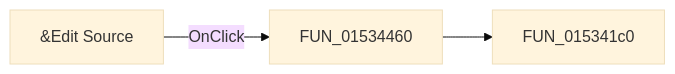
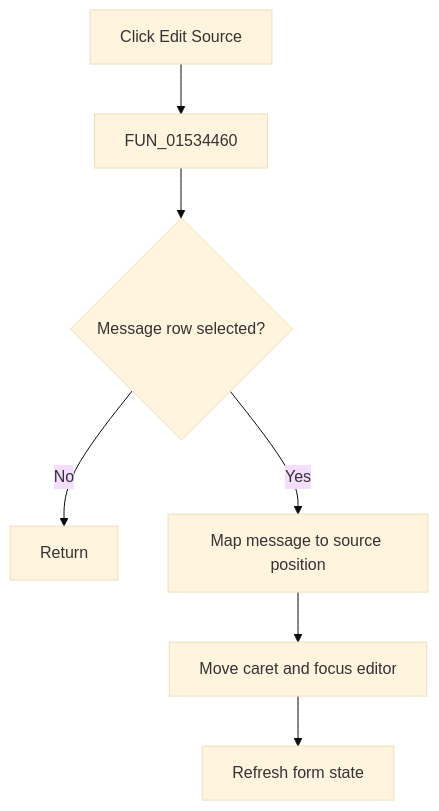
Before and after one commit to MovGP0/TIARA: the diagram in docs/ui-controls/netlisteditor/pmieditsource-a53d5eb164.md, drawn with Mermaid (base theme). The commit also changed other lines of this file and 1062 other files, not shown here.

````diff
--- a/docs/ui-controls/netlisteditor/pmieditsource-a53d5eb164.md
+++ b/docs/ui-controls/netlisteditor/pmieditsource-a53d5eb164.md
@@ -27,5 +29,9 @@
 ```mermaid
-flowchart LR
-    control["&Edit Source"] -->|OnClick| handler["FUN_01534460"]
-    handler --> call1["FUN_015341c0"]
+flowchart TD
+    control["Click Edit Source"] --> handler["FUN_01534460"]
+    handler --> selection{"Message row selected?"}
+    selection -->|No| noop["Return"]
+    selection -->|Yes| map["Map message to source position"]
+    map --> navigate["Move caret and focus editor"]
+    navigate --> refresh["Refresh form state"]
 ```
````
